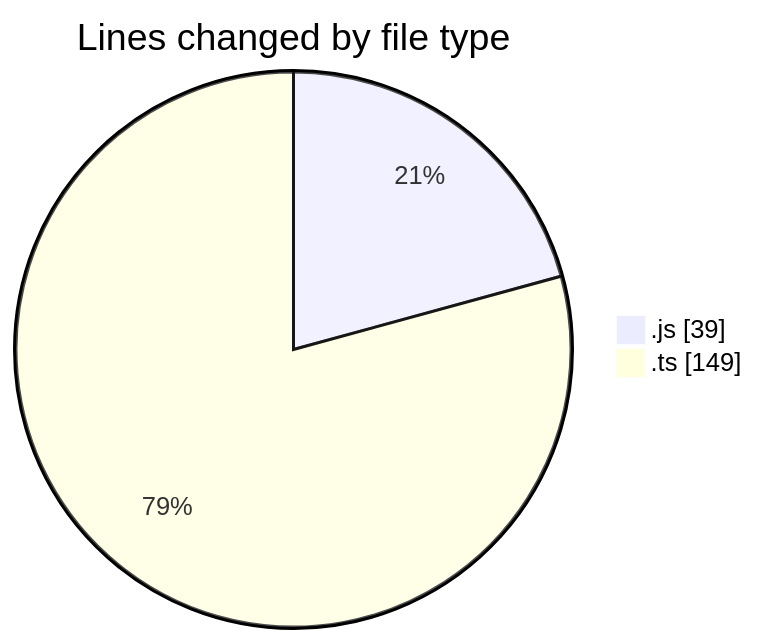
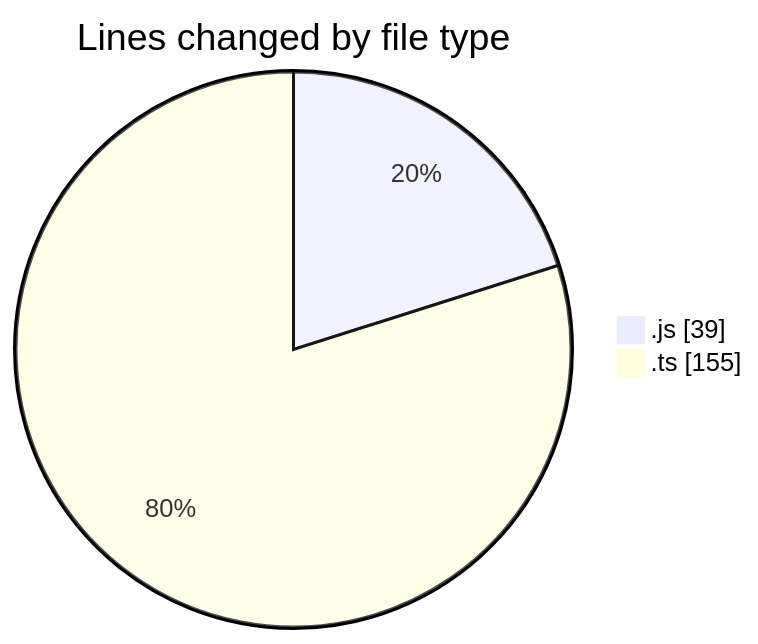
One commit to momahboobian/code-tracking changed the first of 2 diagrams in 2025-06-19/cda/README.md. Above: the diagram before and after it, drawn with Mermaid. The commit also changed other lines of this file and 1 other file, not shown here.

````diff
--- a/2025-06-19/cda/README.md
+++ b/2025-06-19/cda/README.md
@@ -22,6 +22,6 @@
 ```mermaid
 pie showData
 title Lines changed by file type
 ".js" : 39
-".ts" : 149
+".ts" : 155
 ```
````
